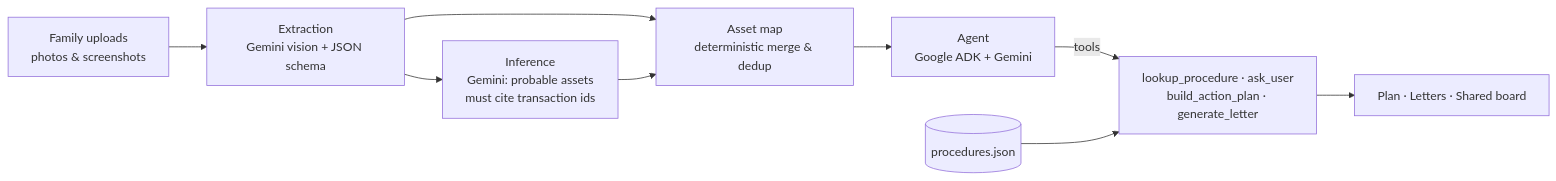
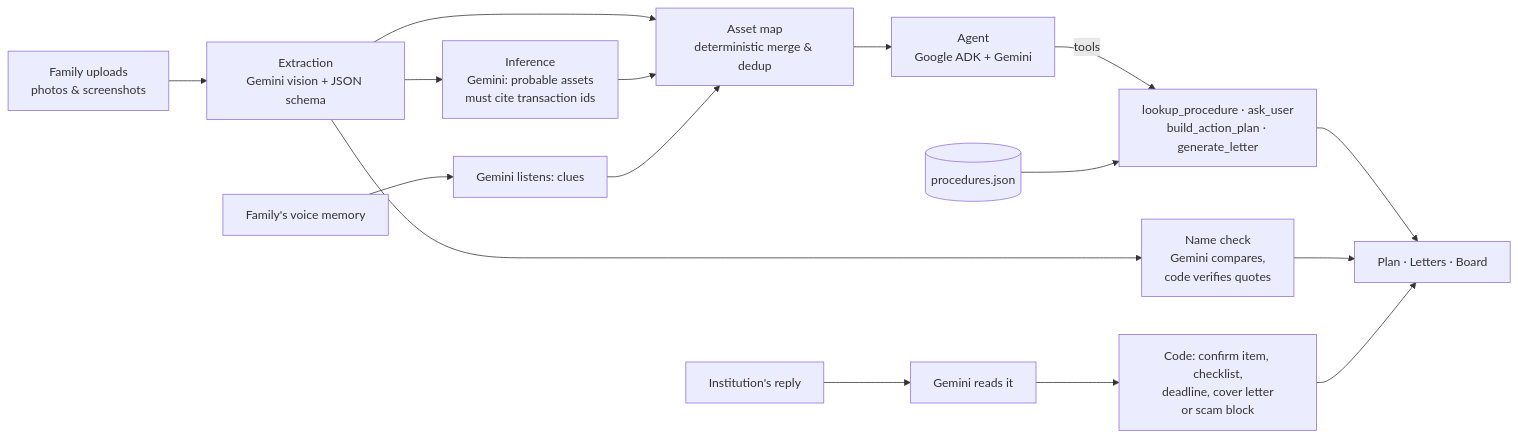
Before and after one commit to surbhi02jain/afterlife: the diagram in README.md, drawn with Mermaid. The commit also changed other lines of this file and 62 other files, not shown here.

````diff
--- a/README.md
+++ b/README.md
@@ -41,11 +56,14 @@
 ```mermaid
 flowchart LR
     U[Family uploads<br/>photos & screenshots] --> X[Extraction<br/>Gemini vision + JSON schema]
     X --> M[Asset map<br/>deterministic merge & dedup]
     X --> I[Inference<br/>Gemini: probable assets<br/>must cite transaction ids]
     I --> M
     M --> A[Agent<br/>Google ADK + Gemini]
     A -->|tools| T[lookup_procedure · ask_user<br/>build_action_plan · generate_letter]
     KB[(procedures.json)] --> T
-    T --> P[Plan · Letters · Shared board]
+    T --> P[Plan · Letters · Board]
+    V[Family's voice memory] --> R[Gemini listens: clues] --> M
+    X --> N[Name check<br/>Gemini compares,<br/>code verifies quotes] --> P
+    L[Institution's reply] --> Y[Gemini reads it] --> Z[Code: confirm item, checklist,<br/>deadline, cover letter<br/>or scam block] --> P
 ```
````
